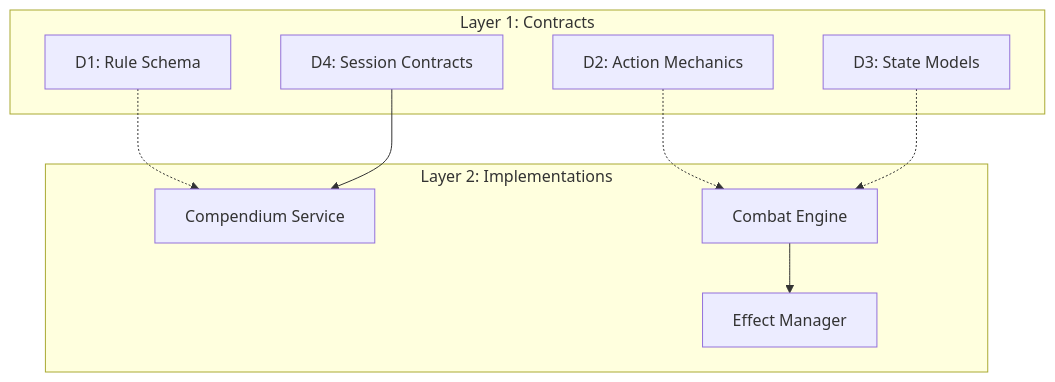
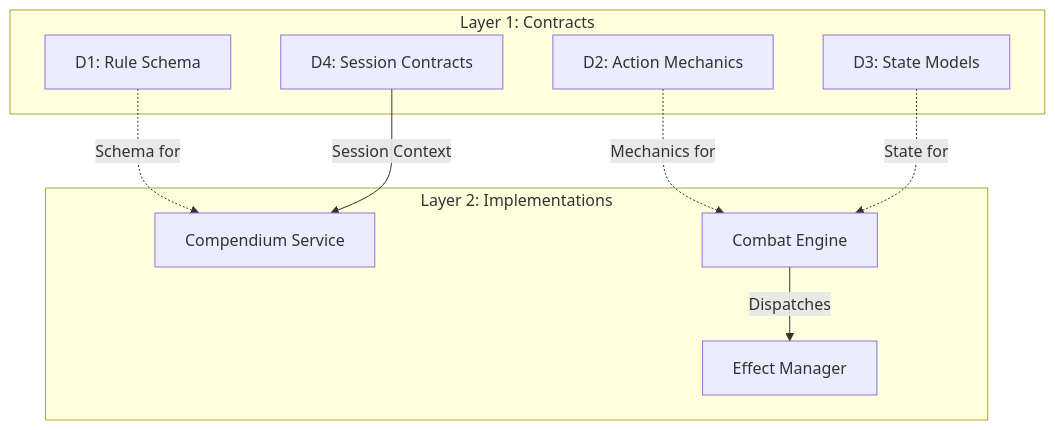
The diagram in ISSUES/architecture/PLANNING_OVERVIEW.md (Pixelfehler310/cmv2), drawn with Mermaid before and after one commit. The commit also changed other lines of this file and 9 other files, not shown here.

Commit message:
Standardize architecture on Mermaid and remove all D2 infrastructure

````diff
--- a/ISSUES/architecture/PLANNING_OVERVIEW.md
+++ b/ISSUES/architecture/PLANNING_OVERVIEW.md
@@ -19,21 +18,21 @@
 ```mermaid
 graph TB
     subgraph L1 [Layer 1: Contracts]
         C_Rules[D1: Rule Schema]
         C_Action[D2: Action Mechanics]
         C_State[D3: State Models]
         C_Bridge[D4: Session Contracts]
     end
 
     subgraph L2 [Layer 2: Implementations]
         I_Comp[Compendium Service]
         I_Engine[Combat Engine]
         I_Effects[Effect Manager]
     end
 
-    C_Rules -.-> I_Comp
-    C_Action -.-> I_Engine
-    C_State -.-> I_Engine
-    I_Engine --> I_Effects
-    C_Bridge --> I_Comp
+    C_Rules -. "Schema for" .-> I_Comp
+    C_Action -. "Mechanics for" .-> I_Engine
+    C_State -. "State for" .-> I_Engine
+    I_Engine -- "Dispatches" --> I_Effects
+    C_Bridge -- "Session Context" --> I_Comp
 ```
````
